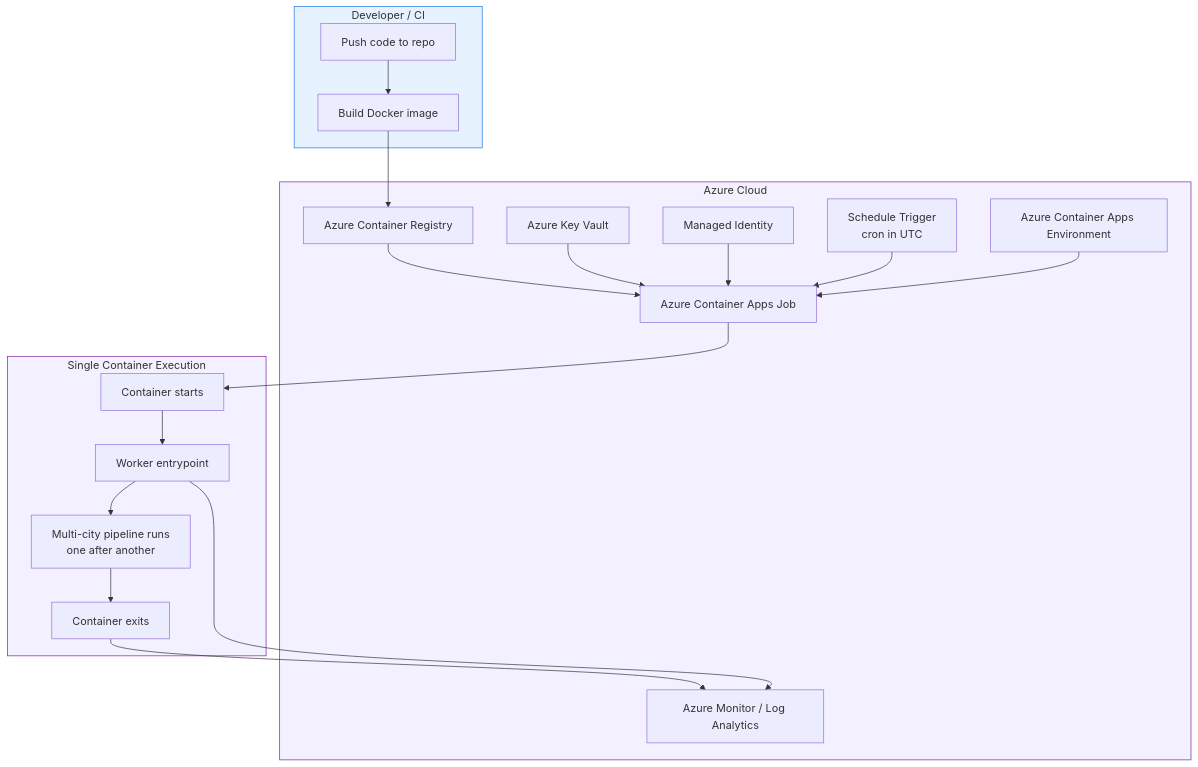
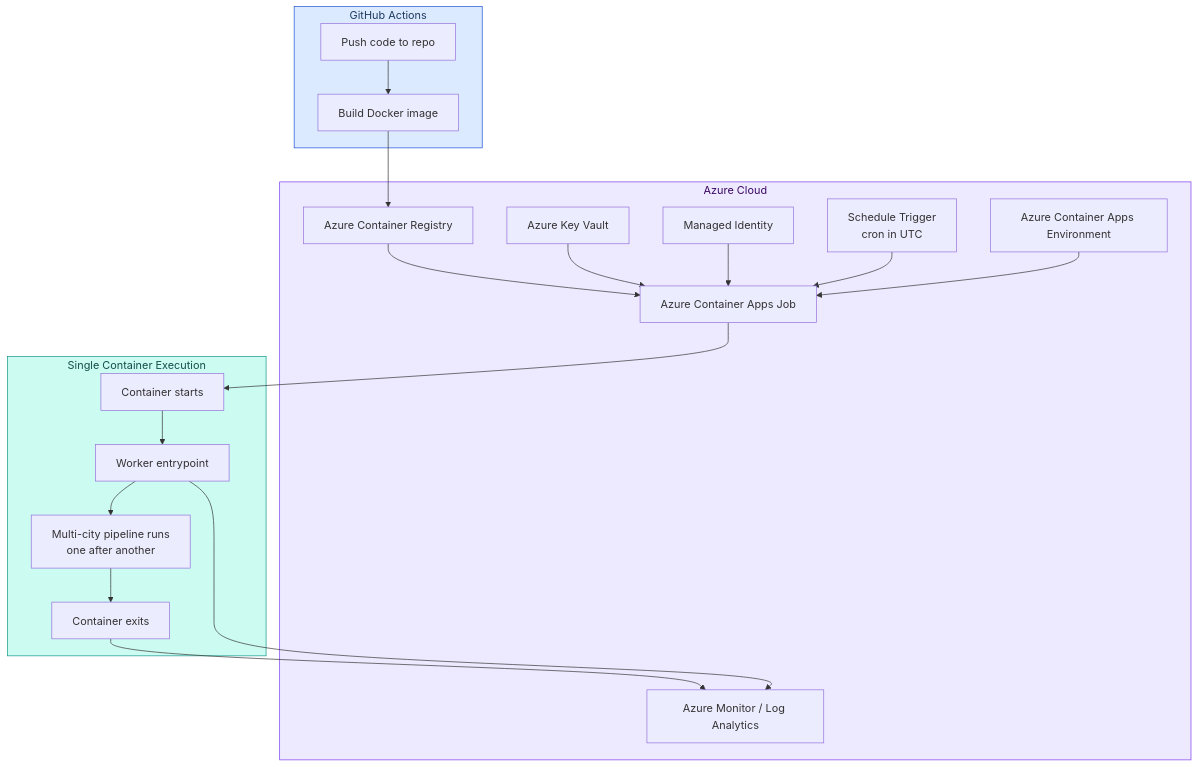
The diagram in __diagrams__/azure-infrastructure.mmd (hemitoncode/Next-Voters-Local), drawn with Mermaid before and after one commit.

Commit message:
feat: better ui for the infra diagram (azure)

```diff
--- a/__diagrams__/azure-infrastructure.mmd
+++ b/__diagrams__/azure-infrastructure.mmd
@@ -1,40 +1,38 @@
 flowchart TD
-    subgraph Dev["Developer / CI"]
+    subgraph GH["GitHub Actions"]
         A[Push code to repo]
         B[Build Docker image]
     end
-
     subgraph Azure["Azure Cloud"]
         C[Azure Container Registry]
         D[Azure Container Apps Environment]
         E[Azure Container Apps Job]
         F[Schedule Trigger\ncron in UTC]
         G[Azure Key Vault]
         H[Managed Identity]
         I[Azure Monitor / Log Analytics]
     end
-
     subgraph Execution["Single Container Execution"]
         J[Container starts]
         K[Worker entrypoint]
         L[Multi-city pipeline runs\none after another]
         M[Container exits]
     end
 
     A --> B
     B --> C
     C --> E
     G --> E
     H --> E
     F --> E
     D --> E
     E --> J
     J --> K
     K --> L
     L --> M
     M --> I
     K --> I
 
-    style Dev fill:#e6f3ff,stroke:#1a73e8,stroke-width:1px
-    style Azure fill:#f3f0ff,stroke:#7b1fa2,stroke-width:1px
-    style Execution fill:#f3f0ff,stroke:#7b1fa2,stroke-width:1px
+    style GH fill:#dbeafe,stroke:#1d4ed8,stroke-width:1px,color:#1e3a5f
+    style Azure fill:#ede9fe,stroke:#7c3aed,stroke-width:1px,color:#3b0764
+    style Execution fill:#ccfbf1,stroke:#0d9488,stroke-width:1px,color:#134e4a
```
